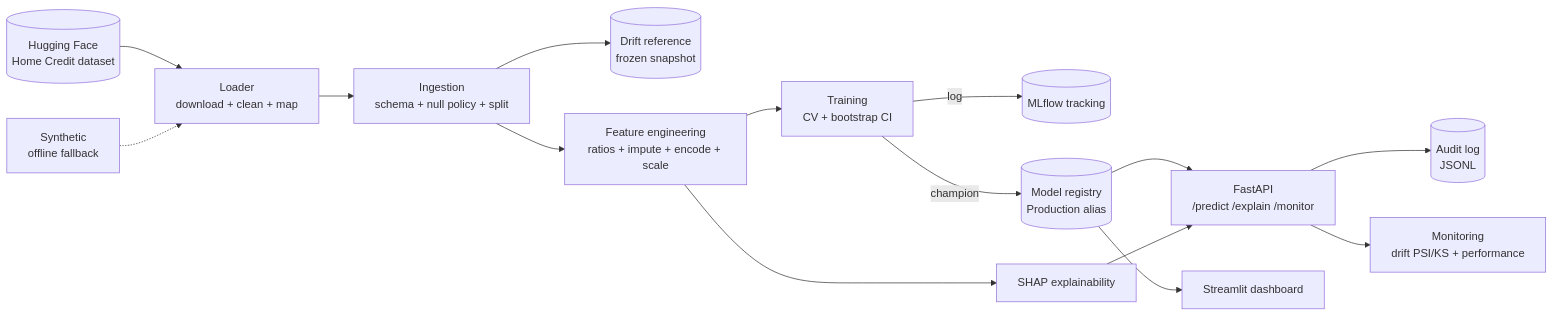
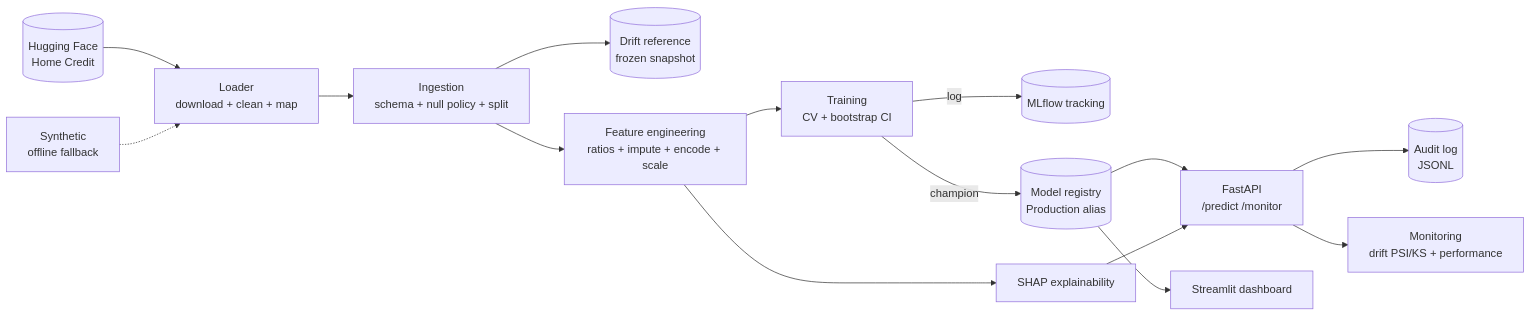
The diagram in README.md (twomathematicians-code/controlled-credit-risk-mlops), drawn with Mermaid before and after one commit. The commit also changed other lines of this file and 1 other file, not shown here.

First line of the commit message:
Polish README: badges, highlights grid, ToC-style flow, cleaner quickstart

````diff
--- a/README.md
+++ b/README.md
@@ -69,17 +72,17 @@
 ```mermaid
 flowchart LR
-    HF[(Hugging Face\nHome Credit dataset)] --> DL[Loader\ndownload + clean + map]
+    HF[(Hugging Face\nHome Credit)] --> DL[Loader\ndownload + clean + map]
     SYN[Synthetic\noffline fallback] -.-> DL
     DL --> ING[Ingestion\nschema + null policy + split]
     ING --> REF[(Drift reference\nfrozen snapshot)]
     ING --> FE[Feature engineering\nratios + impute + encode + scale]
     FE --> TR[Training\nCV + bootstrap CI]
     TR -->|log| MLF[(MLflow tracking)]
     TR -->|champion| REG[(Model registry\nProduction alias)]
-    REG --> API[FastAPI\n/predict /explain /monitor]
+    REG --> API[FastAPI\n/predict /monitor]
     API --> AUD[(Audit log\nJSONL)]
     API --> MON[Monitoring\ndrift PSI/KS + performance]
     FE --> XAI[SHAP explainability]
     XAI --> API
     REG --> DASH[Streamlit dashboard]
 ```
````
